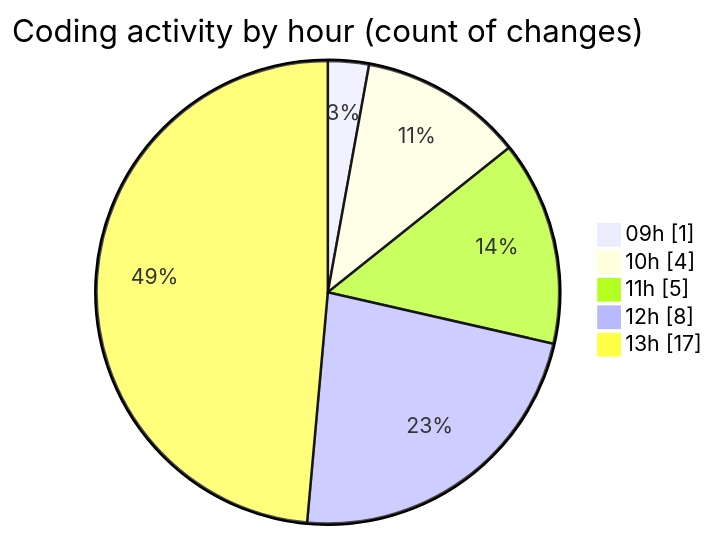
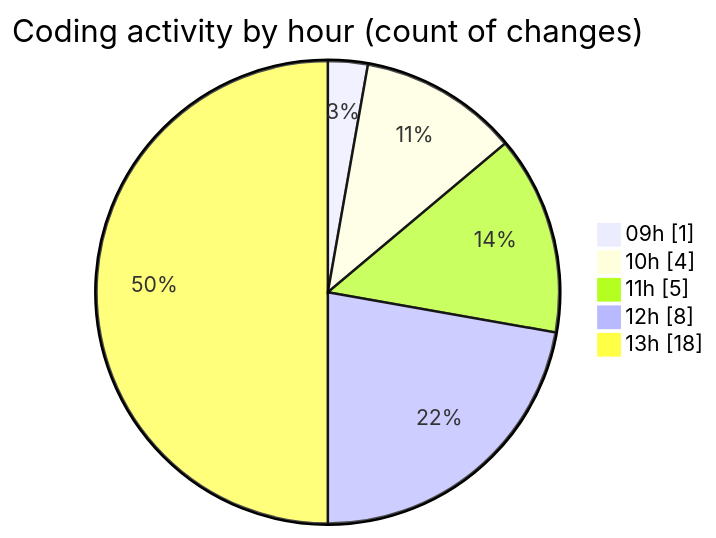
The second of 2 diagrams in 2025-02-24/cda/README.md (momahboobian/code-tracking), drawn with Mermaid before and after one commit. The commit also changed other lines of this file and 1 other file, not shown here.

````diff
--- a/2025-02-24/cda/README.md
+++ b/2025-02-24/cda/README.md
@@ -39,9 +39,9 @@
 ```mermaid
 pie showData
 title Coding activity by hour (count of changes)
 "09h" : 1
 "10h" : 4
 "11h" : 5
 "12h" : 8
-"13h" : 17
+"13h" : 18
 ```
````
